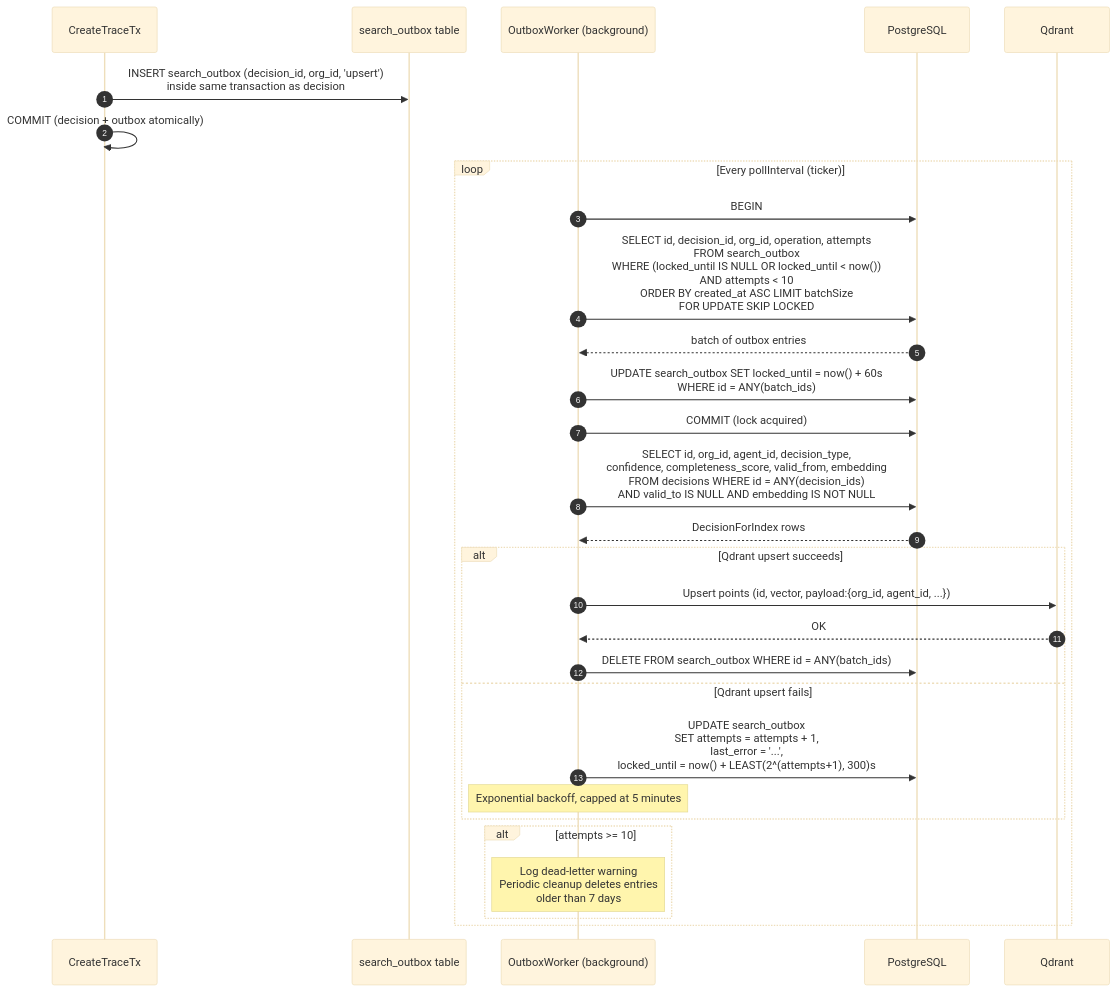
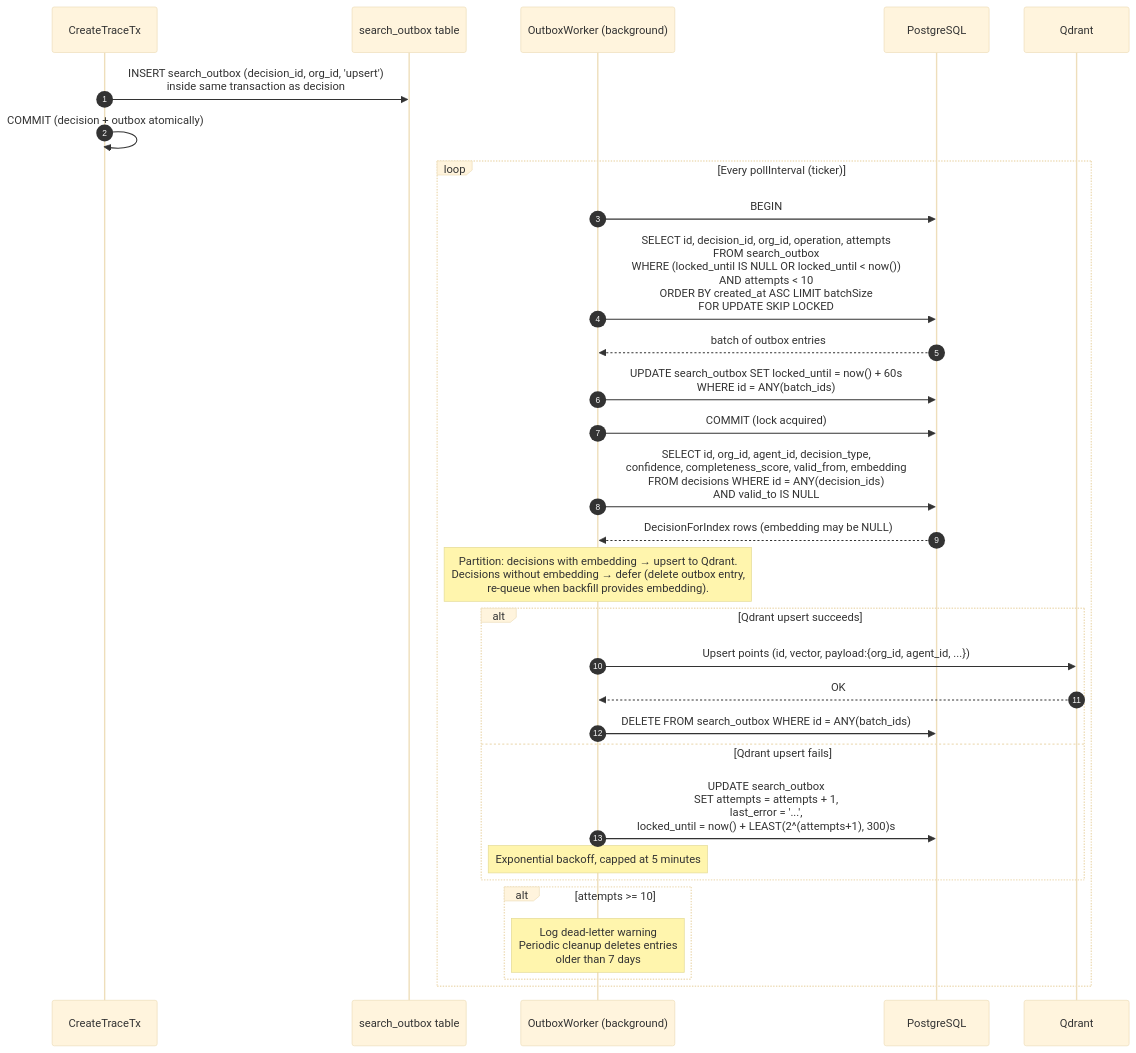
The third of 6 diagrams in docs/diagrams.md (ashita-ai/akashi), drawn with Mermaid (base theme) before and after one commit. The commit also changed other lines of this file and 7 other files, not shown here.

First line of the commit message:
docs: audit and consolidate documentation; fix diagrams for accuracy (#367)

````diff
--- a/docs/diagrams.md
+++ b/docs/diagrams.md
@@ -117,36 +120,37 @@
 ```mermaid
 sequenceDiagram
     autonumber
     participant TX as CreateTraceTx
     participant OB as search_outbox table
     participant W as OutboxWorker (background)
     participant PG as PostgreSQL
     participant QD as Qdrant
 
     TX->>OB: INSERT search_outbox (decision_id, org_id, 'upsert')<br/>inside same transaction as decision
     TX->>TX: COMMIT (decision + outbox atomically)
 
     loop Every pollInterval (ticker)
         W->>PG: BEGIN
         W->>PG: SELECT id, decision_id, org_id, operation, attempts<br/>FROM search_outbox<br/>WHERE (locked_until IS NULL OR locked_until < now())<br/>AND attempts < 10<br/>ORDER BY created_at ASC LIMIT batchSize<br/>FOR UPDATE SKIP LOCKED
         PG-->>W: batch of outbox entries
         W->>PG: UPDATE search_outbox SET locked_until = now() + 60s<br/>WHERE id = ANY(batch_ids)
         W->>PG: COMMIT (lock acquired)
 
-        W->>PG: SELECT id, org_id, agent_id, decision_type,<br/>confidence, completeness_score, valid_from, embedding<br/>FROM decisions WHERE id = ANY(decision_ids)<br/>AND valid_to IS NULL AND embedding IS NOT NULL
-        PG-->>W: DecisionForIndex rows
+        W->>PG: SELECT id, org_id, agent_id, decision_type,<br/>confidence, completeness_score, valid_from, embedding<br/>FROM decisions WHERE id = ANY(decision_ids)<br/>AND valid_to IS NULL
+        PG-->>W: DecisionForIndex rows (embedding may be NULL)
+        Note over W: Partition: decisions with embedding → upsert to Qdrant.<br/>Decisions without embedding → defer (delete outbox entry,<br/>re-queue when backfill provides embedding).
 
         alt Qdrant upsert succeeds
             W->>QD: Upsert points (id, vector, payload:{org_id, agent_id, ...})
             QD-->>W: OK
             W->>PG: DELETE FROM search_outbox WHERE id = ANY(batch_ids)
         else Qdrant upsert fails
             W->>PG: UPDATE search_outbox<br/>SET attempts = attempts + 1,<br/>last_error = '...',<br/>locked_until = now() + LEAST(2^(attempts+1), 300)s
             Note over W: Exponential backoff, capped at 5 minutes
         end
 
         alt attempts >= 10
             Note over W: Log dead-letter warning<br/>Periodic cleanup deletes entries<br/>older than 7 days
         end
     end
 ```
````
